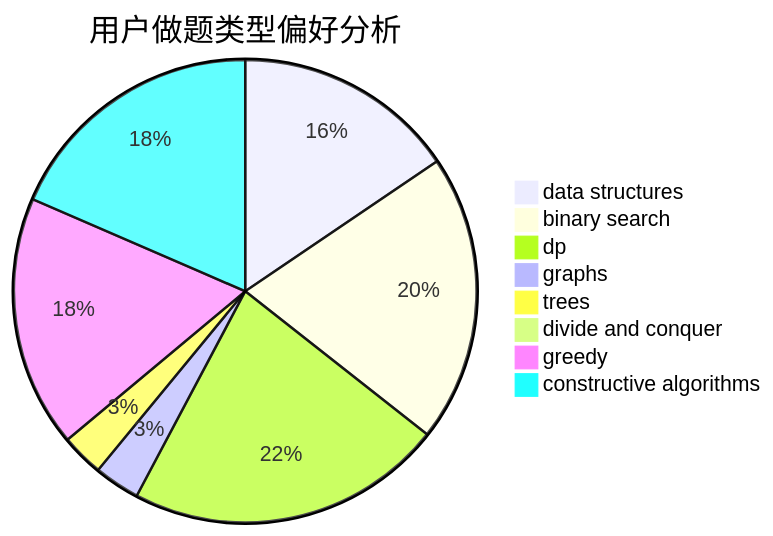
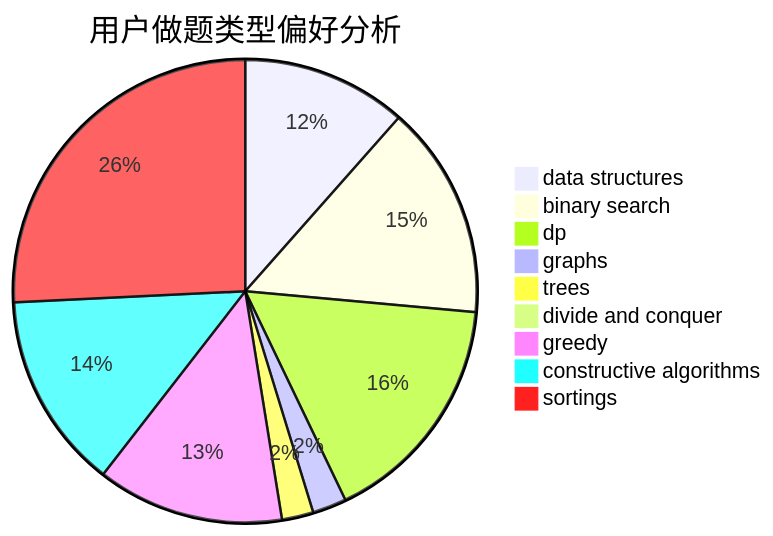
One commit to sherpahu/cfrs.github.io changed the second of 3 diagrams in docs/user/u1157.md. Above: the diagram before and after it, drawn with Mermaid. The commit also changed other lines of this file and 2769 other files, not shown here.

````diff
--- a/docs/user/u1157.md
+++ b/docs/user/u1157.md
@@ -23,11 +18,12 @@
 ```mermaid
 pie title 用户做题类型偏好分析
     "data structures" :  68
     "binary search" :  88
     "dp" :  97
     "graphs" :  14
     "trees" :  13
     "divide and conquer" :  0
     "greedy" :  77
     "constructive algorithms" :  81
+    "sortings" :  152
 ```
````
